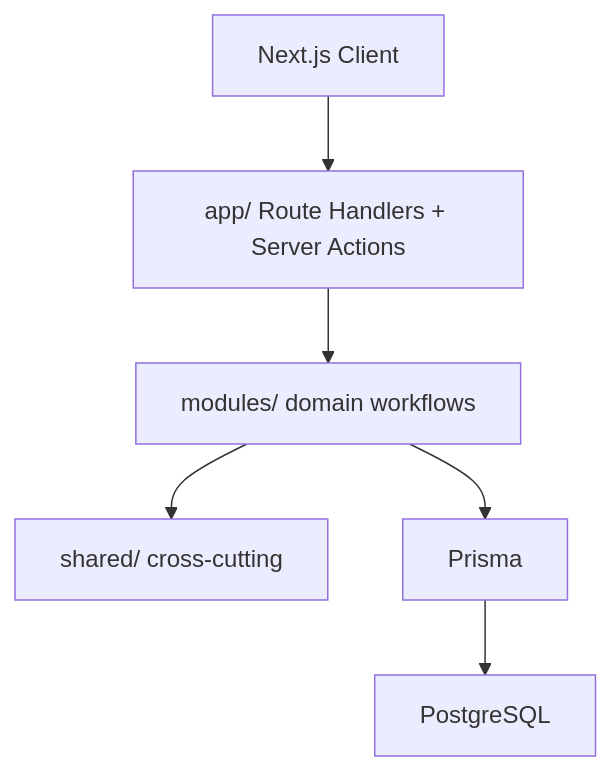
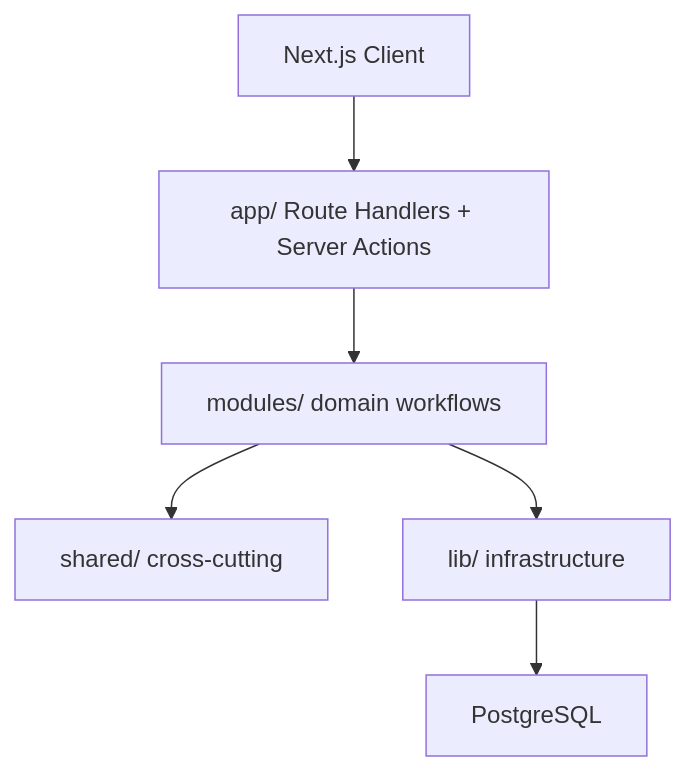
Before and after one commit to Shivayaagrawal/assetflow: the diagram in backend/00-project-overview.md, drawn with Mermaid. The commit also changed other lines of this file and 9 other files, not shown here.

First line of the commit message:
docs(shared): align HLD/LLD with frozen modules architecture

````diff
--- a/backend/00-project-overview.md
+++ b/backend/00-project-overview.md
@@ -7,15 +7,15 @@
 ```mermaid
 flowchart TD
   Client["Next.js Client"]
   App["app/ Route Handlers + Server Actions"]
   Modules["modules/ domain workflows"]
   Shared["shared/ cross-cutting"]
-  Prisma["Prisma"]
+  Lib["lib/ infrastructure"]
   PG["PostgreSQL"]
 
   Client --> App
   App --> Modules
   Modules --> Shared
-  Modules --> Prisma
-  Prisma --> PG
+  Modules --> Lib
+  Lib --> PG
 ```
````
